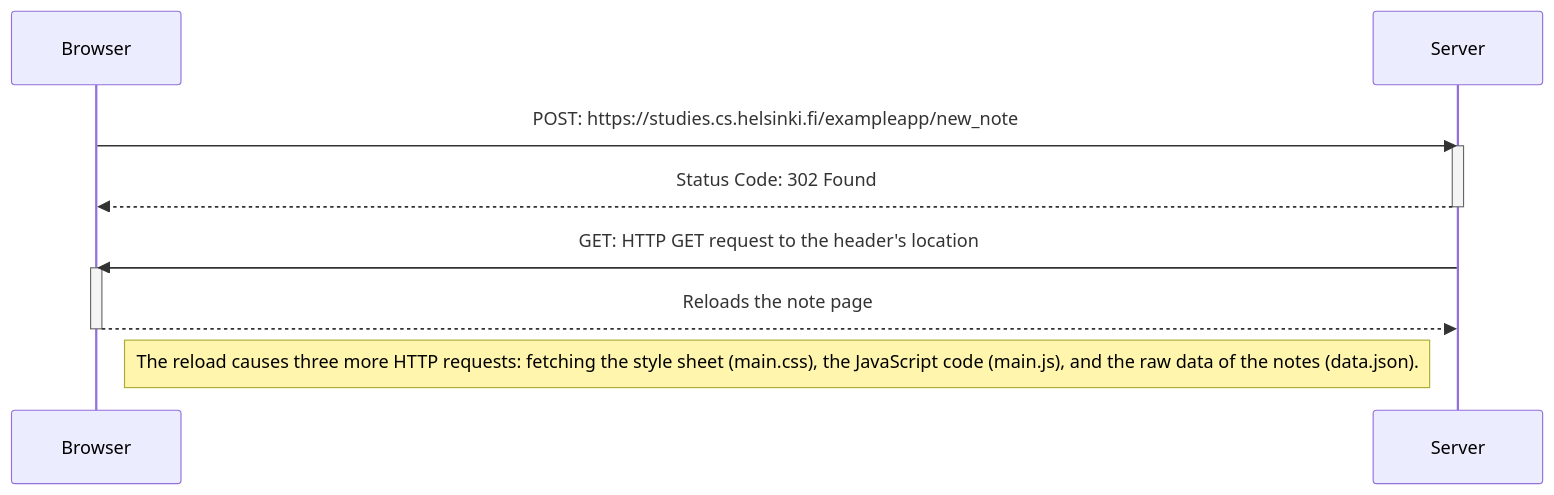
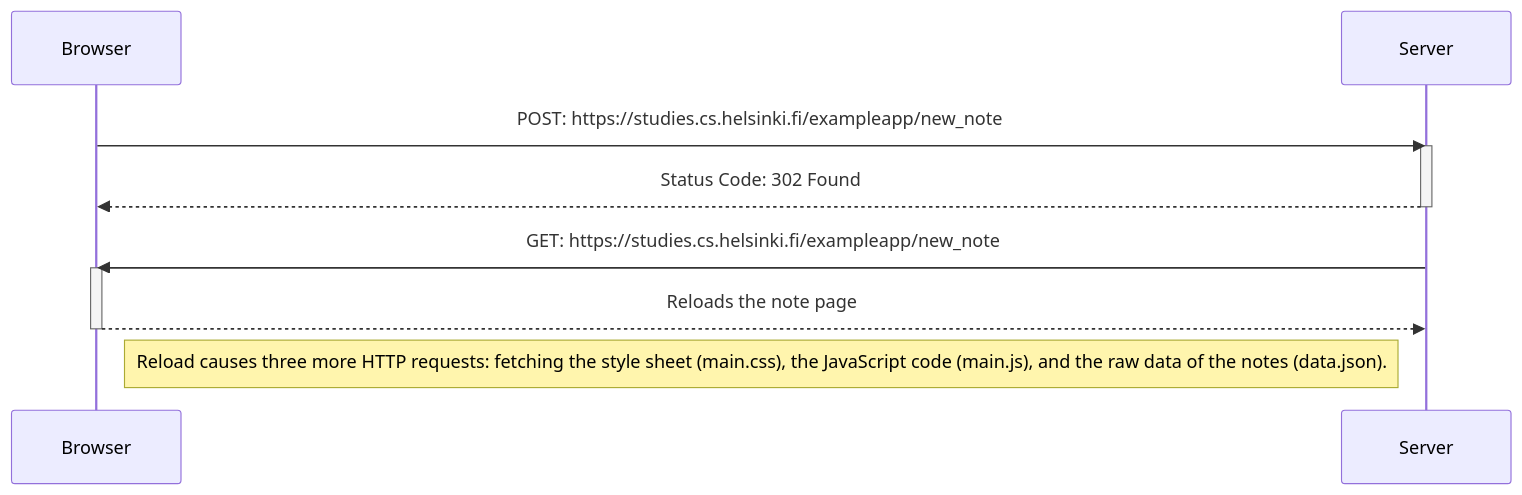
The diagram in Part0/new-note-diagram.md (rahul-004x/fsopen-containers), drawn with Mermaid before and after one commit.

Commit message:
chages in note

````diff
--- a/Part0/new-note-diagram.md
+++ b/Part0/new-note-diagram.md
@@ -1,20 +1,20 @@
 ```mermaid
 
 sequenceDiagram
     participant Browser
     participant Server
 
     Browser->>Server: POST: https://studies.cs.helsinki.fi/exampleapp/new_note
     activate Server
     Server-->>Browser: Status Code: 302 Found
     deactivate Server
 
-    Server->>Browser: GET: HTTP GET request to the header's location 
+    Server->>Browser: GET: https://studies.cs.helsinki.fi/exampleapp/new_note
     activate Browser
     Browser-->>Server: Reloads the note page
     deactivate Browser
 
-    Note right of Browser: The reload causes three more HTTP requests: fetching the style sheet (main.css), the JavaScript code (main.js), and the raw data of the notes (data.json).
+    Note right of Browser: Reload causes three more HTTP requests: fetching the style sheet (main.css), the JavaScript code (main.js), and the raw data of the notes (data.json).
 
 
 ```
````
